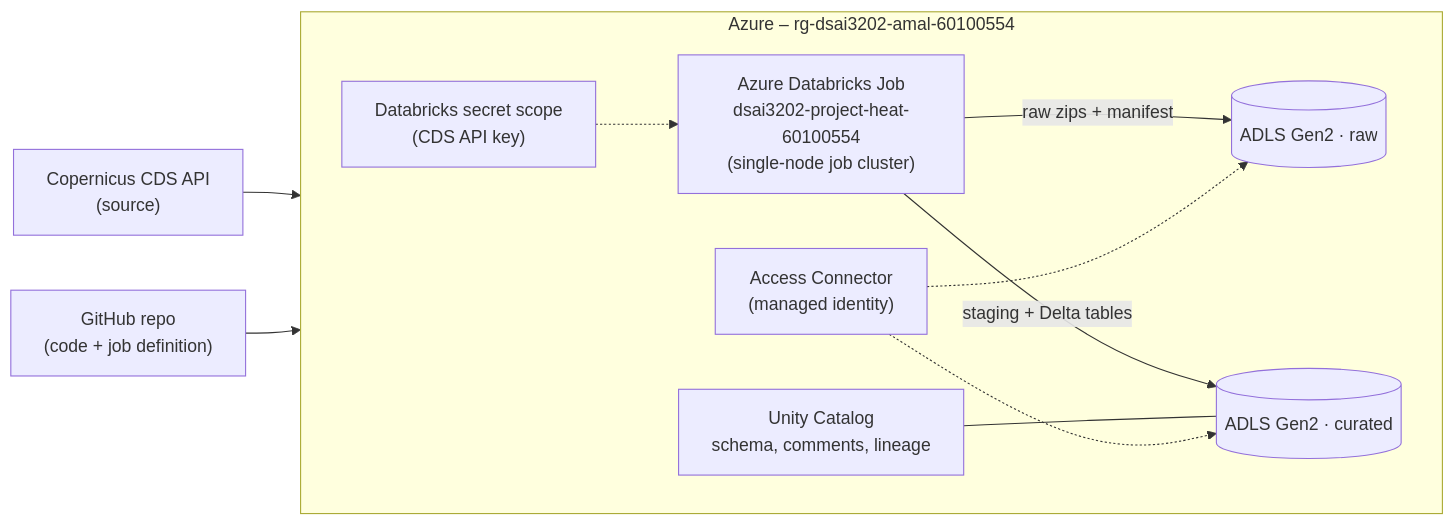
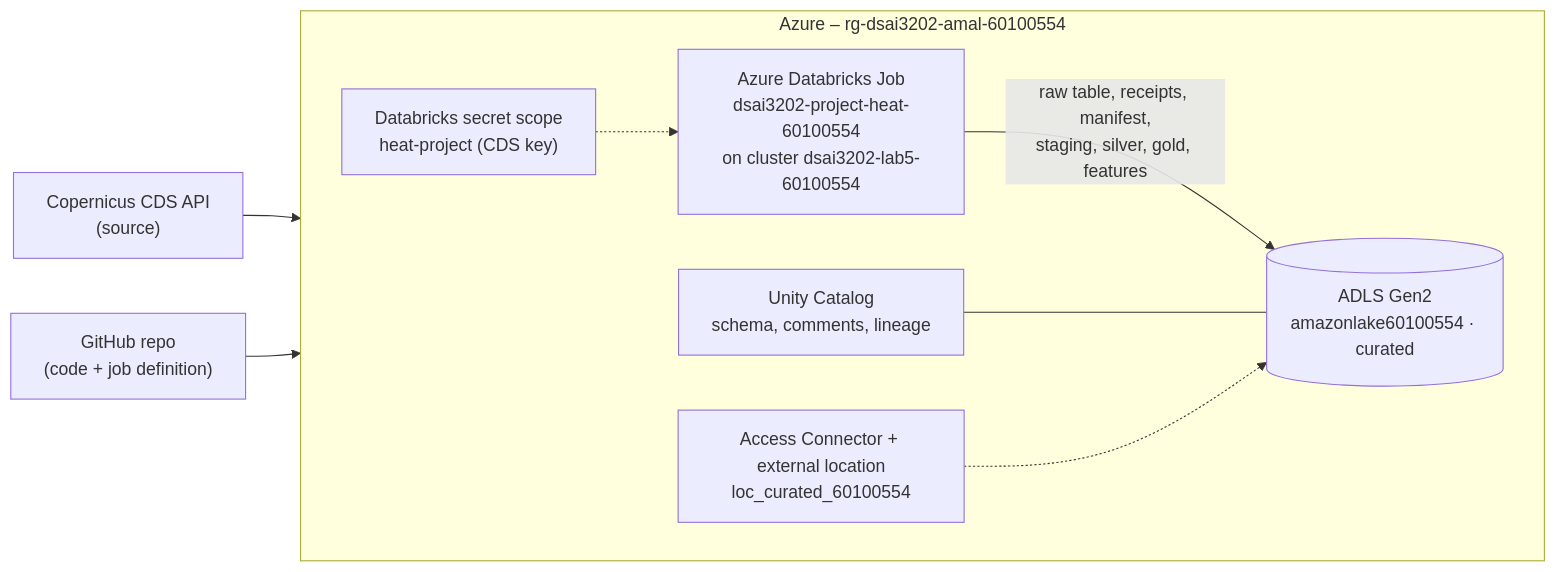
Before and after one commit to amalhaji/dsai3202-heat-stress-project: the diagram in README.md, drawn with Mermaid. The commit also changed other lines of this file and 3 other files, not shown here.

````diff
--- a/README.md
+++ b/README.md
@@ -66,15 +73,13 @@
 ```mermaid
 flowchart LR
   CDS["Copernicus CDS API<br/>(source)"] --> J
   GH["GitHub repo<br/>(code + job definition)"] --> J
   subgraph AZ["Azure – rg-dsai3202-amal-60100554"]
     direction LR
-    J["Azure Databricks Job<br/>dsai3202-project-heat-60100554<br/>(single-node job cluster)"]
-    S["Databricks secret scope<br/>(CDS API key)"] -.-> J
-    J -->|raw zips + manifest| RAW[("ADLS Gen2 · raw")]
-    J -->|staging + Delta tables| CUR[("ADLS Gen2 · curated")]
+    J["Azure Databricks Job<br/>dsai3202-project-heat-60100554<br/>on cluster dsai3202-lab5-60100554"]
+    S["Databricks secret scope<br/>heat-project (CDS key)"] -.-> J
+    J -->|raw table, receipts, manifest,<br/>staging, silver, gold, features| CUR[("ADLS Gen2<br/>amazonlake60100554 · curated")]
     UC["Unity Catalog<br/>schema, comments, lineage"] --- CUR
-    AC["Access Connector<br/>(managed identity)"] -.-> RAW
-    AC -.-> CUR
+    AC["Access Connector + external location<br/>loc_curated_60100554"] -.-> CUR
   end
 ```
````
